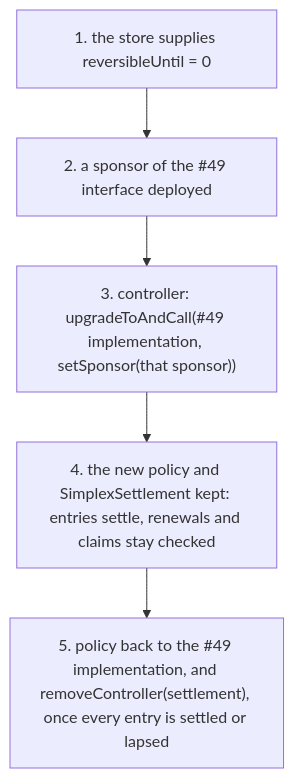
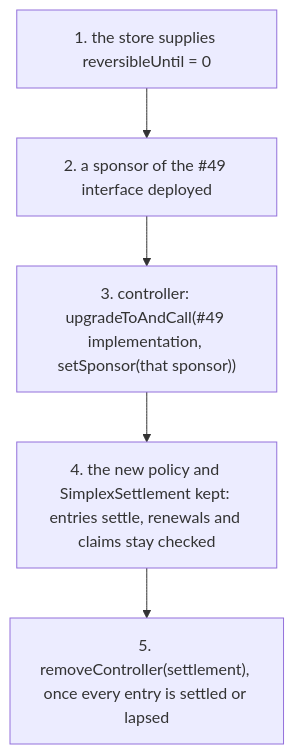
Before and after one commit to brenzi-agent/simplex-namespace-contract: the fifth of 6 diagrams in docs/plans/payment-reversal.md, drawn with Mermaid. The commit also changed other lines of this file, not shown here.

````diff
--- a/docs/plans/payment-reversal.md
+++ b/docs/plans/payment-reversal.md
@@ -323,7 +331,7 @@
 ```mermaid
 flowchart TD
   r1["1. the store supplies reversibleUntil = 0"] --> r2["2. a sponsor of the #49 interface deployed"]
   r2 --> r3["3. controller: upgradeToAndCall(#49 implementation, setSponsor(that sponsor))"]
   r3 --> r4["4. the new policy and SimplexSettlement kept: entries settle, renewals and claims stay checked"]
-  r4 --> r5["5. policy back to the #49 implementation, and removeController(settlement), once every entry is settled or lapsed"]
+  r4 --> r5["5. removeController(settlement), once every entry is settled or lapsed"]
 ```
````
